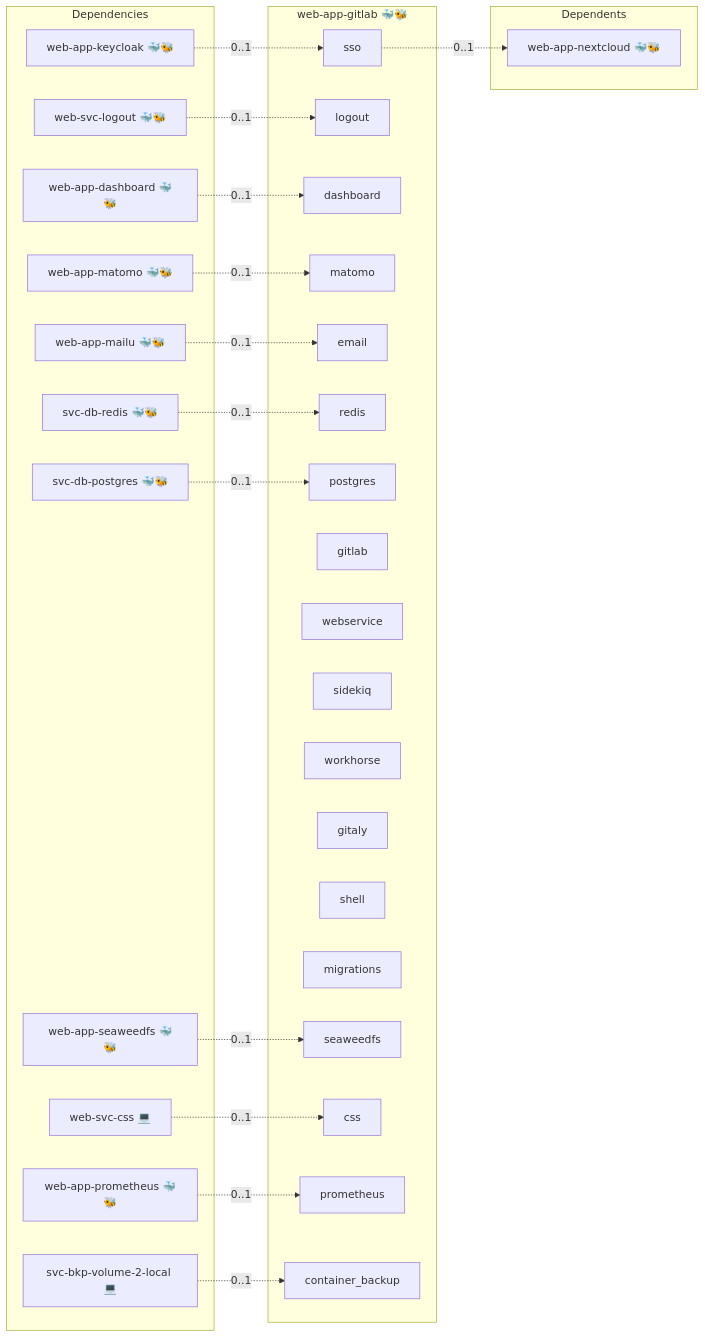
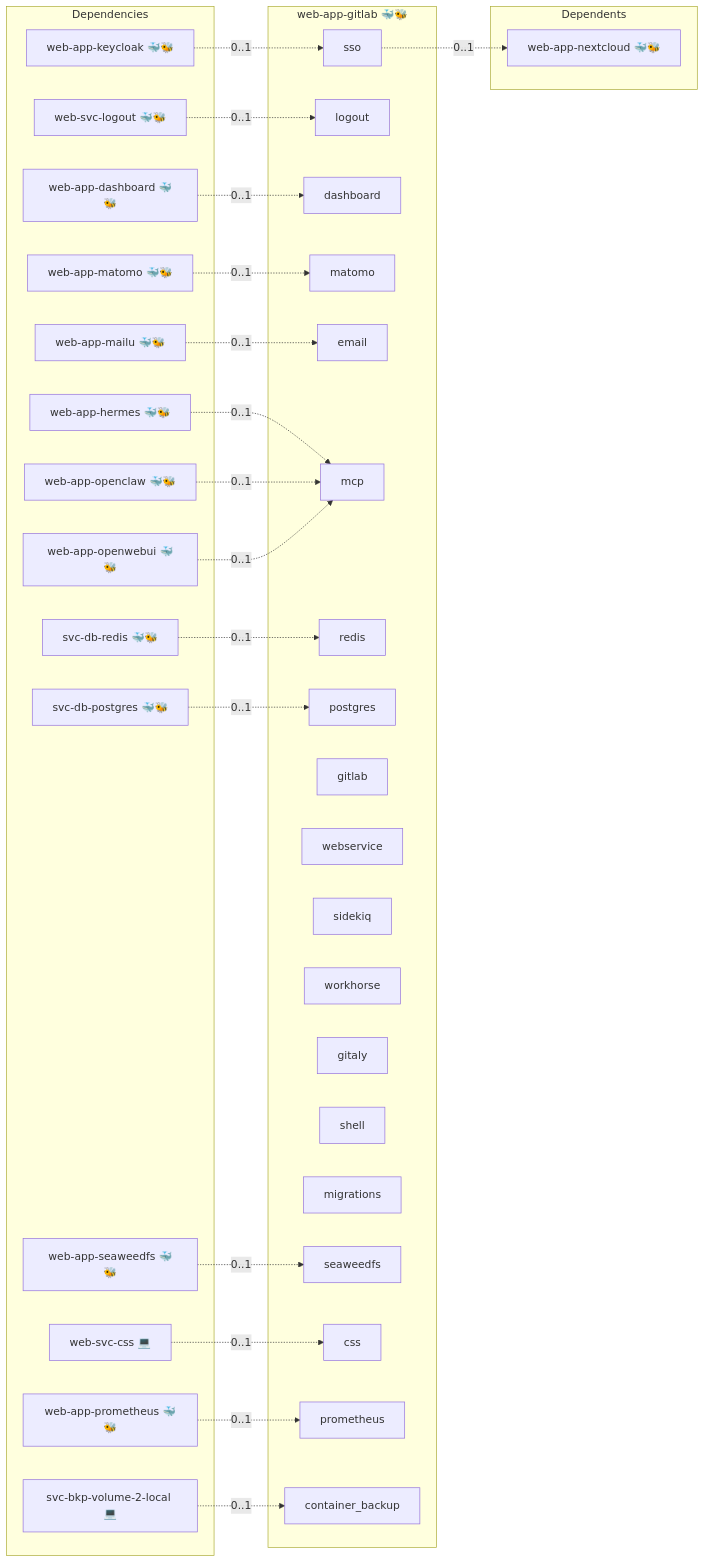
Before and after one commit to infinito-nexus/core: the diagram in roles/web-app-gitlab/README.md, drawn with Mermaid. The commit also changed other lines of this file and 13 other files, not shown here.

````diff
--- a/roles/web-app-gitlab/README.md
+++ b/roles/web-app-gitlab/README.md
@@ -15,51 +15,58 @@
 ```mermaid
 flowchart LR
     subgraph deps [Dependencies]
         dep_svc_bkp_volume_2_local["svc-bkp-volume-2-local 💻"]
         dep_svc_db_postgres["svc-db-postgres 🐳🐝"]
         dep_svc_db_redis["svc-db-redis 🐳🐝"]
         dep_web_app_dashboard["web-app-dashboard 🐳🐝"]
+        dep_web_app_hermes["web-app-hermes 🐳🐝"]
         dep_web_app_keycloak["web-app-keycloak 🐳🐝"]
         dep_web_app_mailu["web-app-mailu 🐳🐝"]
         dep_web_app_matomo["web-app-matomo 🐳🐝"]
+        dep_web_app_openclaw["web-app-openclaw 🐳🐝"]
+        dep_web_app_openwebui["web-app-openwebui 🐳🐝"]
         dep_web_app_prometheus["web-app-prometheus 🐳🐝"]
         dep_web_app_seaweedfs["web-app-seaweedfs 🐳🐝"]
         dep_web_svc_css["web-svc-css 💻"]
         dep_web_svc_logout["web-svc-logout 🐳🐝"]
     end
     subgraph role [web-app-gitlab 🐳🐝]
         svc_sso["sso"]
         svc_logout["logout"]
         svc_dashboard["dashboard"]
         svc_matomo["matomo"]
         svc_email["email"]
+        svc_mcp["mcp"]
         svc_redis["redis"]
         svc_postgres["postgres"]
         svc_gitlab["gitlab"]
         svc_webservice["webservice"]
         svc_sidekiq["sidekiq"]
         svc_workhorse["workhorse"]
         svc_gitaly["gitaly"]
         svc_shell["shell"]
         svc_migrations["migrations"]
         svc_seaweedfs["seaweedfs"]
         svc_css["css"]
         svc_prometheus["prometheus"]
         svc_container_backup["container_backup"]
     end
     subgraph dependents [Dependents]
         dpt_web_app_nextcloud["web-app-nextcloud 🐳🐝"]
     end
     dep_svc_bkp_volume_2_local -. "0..1" .-> svc_container_backup
     dep_svc_db_postgres -. "0..1" .-> svc_postgres
     dep_svc_db_redis -. "0..1" .-> svc_redis
     dep_web_app_dashboard -. "0..1" .-> svc_dashboard
+    dep_web_app_hermes -. "0..1" .-> svc_mcp
     dep_web_app_keycloak -. "0..1" .-> svc_sso
     dep_web_app_mailu -. "0..1" .-> svc_email
     dep_web_app_matomo -. "0..1" .-> svc_matomo
+    dep_web_app_openclaw -. "0..1" .-> svc_mcp
+    dep_web_app_openwebui -. "0..1" .-> svc_mcp
     dep_web_app_prometheus -. "0..1" .-> svc_prometheus
     dep_web_app_seaweedfs -. "0..1" .-> svc_seaweedfs
     dep_web_svc_css -. "0..1" .-> svc_css
     dep_web_svc_logout -. "0..1" .-> svc_logout
     svc_sso -. "0..1" .-> dpt_web_app_nextcloud
 ```
````
